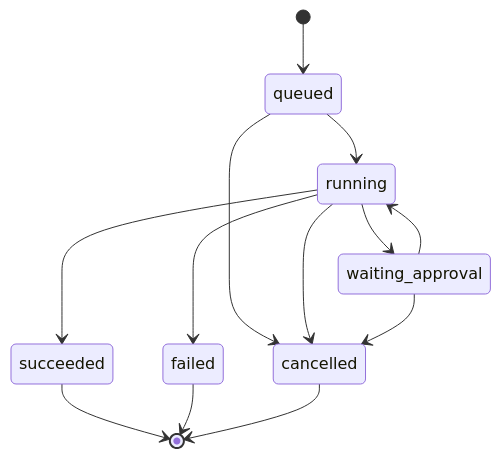
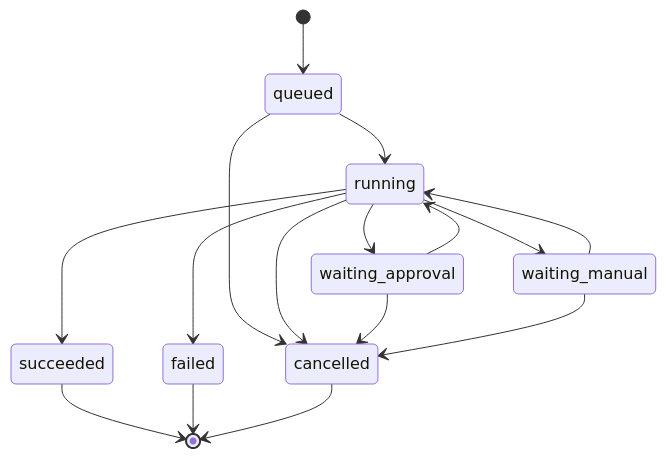
The third of 5 diagrams in docs/superpowers/specs/2026-11-03-workflow-engine-design.md (Oliveir4Matheus/mimirbot), drawn with Mermaid before and after one commit. The commit also changed other lines of this file and 37 other files, not shown here.

````diff
--- a/docs/superpowers/specs/2026-11-03-workflow-engine-design.md
+++ b/docs/superpowers/specs/2026-11-03-workflow-engine-design.md
@@ -154,15 +177,18 @@
 ```mermaid
 stateDiagram-v2
   [*] --> queued
   queued --> running
   running --> waiting_approval
   waiting_approval --> running
+  running --> waiting_manual
+  waiting_manual --> running
   running --> succeeded
   running --> failed
   queued --> cancelled
   running --> cancelled
   waiting_approval --> cancelled
+  waiting_manual --> cancelled
   succeeded --> [*]
   failed --> [*]
   cancelled --> [*]
 ```
````
